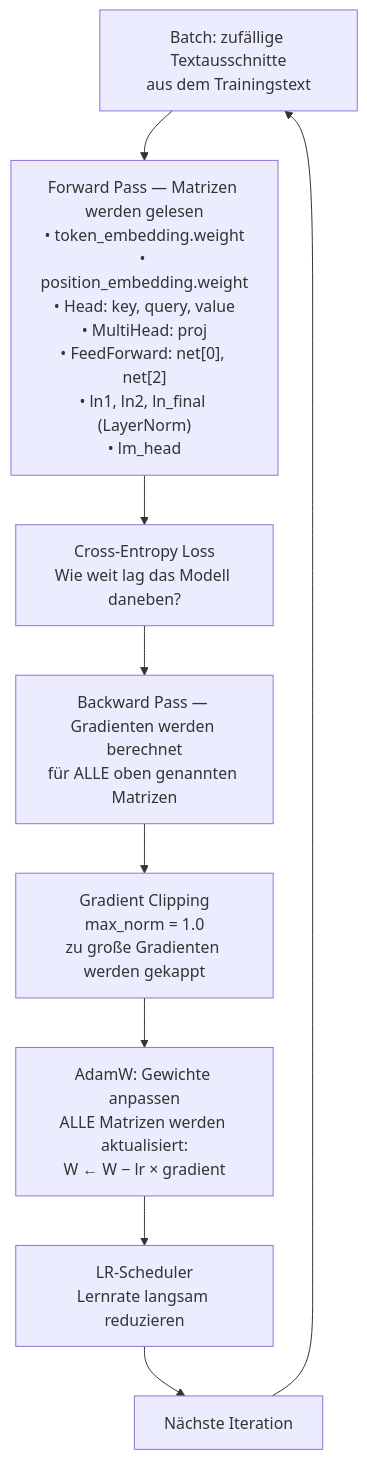
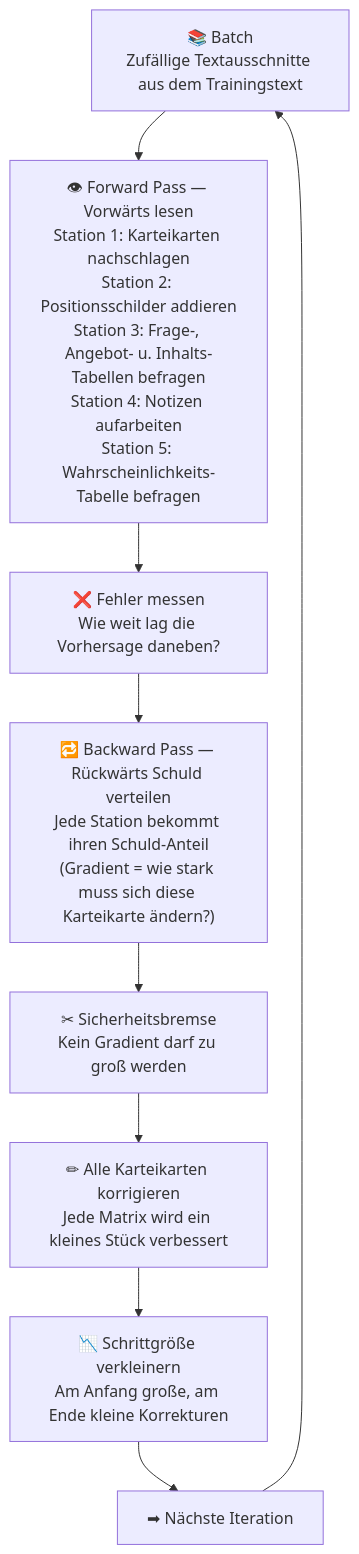
Before and after one commit to eidmanna/mini-llm-transformer: the sixth of 9 diagrams in docs/explainers/how-it-works.md, drawn with Mermaid. The commit also changed other lines of this file, not shown here.

````diff
--- a/docs/explainers/how-it-works.md
+++ b/docs/explainers/how-it-works.md
@@ -341,13 +341,13 @@
 ```mermaid
 flowchart TD
-    BATCH["Batch: zufällige Textausschnitte\naus dem Trainingstext"]
-    FWD["Forward Pass — Matrizen werden gelesen\n• token_embedding.weight\n• position_embedding.weight\n• Head: key, query, value\n• MultiHead: proj\n• FeedForward: net[0], net[2]\n• ln1, ln2, ln_final (LayerNorm)\n• lm_head"]
-    LOSS["Cross-Entropy Loss\nWie weit lag das Modell daneben?"]
-    BWD["Backward Pass — Gradienten werden berechnet\nfür ALLE oben genannten Matrizen"]
-    CLIP["Gradient Clipping\nmax_norm = 1.0\nzu große Gradienten werden gekappt"]
-    OPT["AdamW: Gewichte anpassen\nALLE Matrizen werden aktualisiert:\nW ← W − lr × gradient"]
-    SCH["LR-Scheduler\nLernrate langsam reduzieren"]
-    NEXT["Nächste Iteration"]
+    BATCH["📚 Batch\nZufällige Textausschnitte aus dem Trainingstext"]
+    FWD["👁 Forward Pass — Vorwärts lesen\nStation 1: Karteikarten nachschlagen\nStation 2: Positionsschilder addieren\nStation 3: Frage-, Angebot- u. Inhalts-Tabellen befragen\nStation 4: Notizen aufarbeiten\nStation 5: Wahrscheinlichkeits-Tabelle befragen"]
+    LOSS["❌ Fehler messen\nWie weit lag die Vorhersage daneben?"]
+    BWD["🔁 Backward Pass — Rückwärts Schuld verteilen\nJede Station bekommt ihren Schuld-Anteil\n(Gradient = wie stark muss sich diese Karteikarte ändern?)"]
+    CLIP["✂ Sicherheitsbremse\nKein Gradient darf zu groß werden"]
+    OPT["✏ Alle Karteikarten korrigieren\nJede Matrix wird ein kleines Stück verbessert"]
+    SCH["📉 Schrittgröße verkleinern\nAm Anfang große, am Ende kleine Korrekturen"]
+    NEXT["➡ Nächste Iteration"]
 
     BATCH --> FWD --> LOSS --> BWD --> CLIP --> OPT --> SCH --> NEXT --> BATCH
 ```
````
